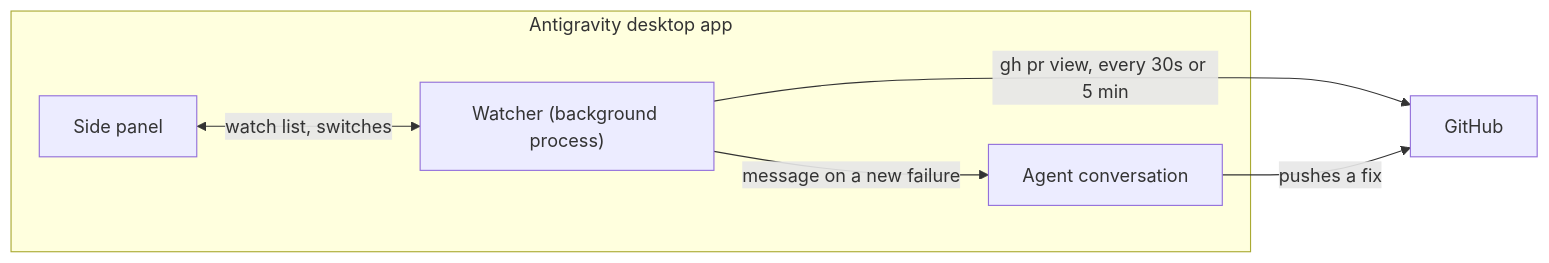
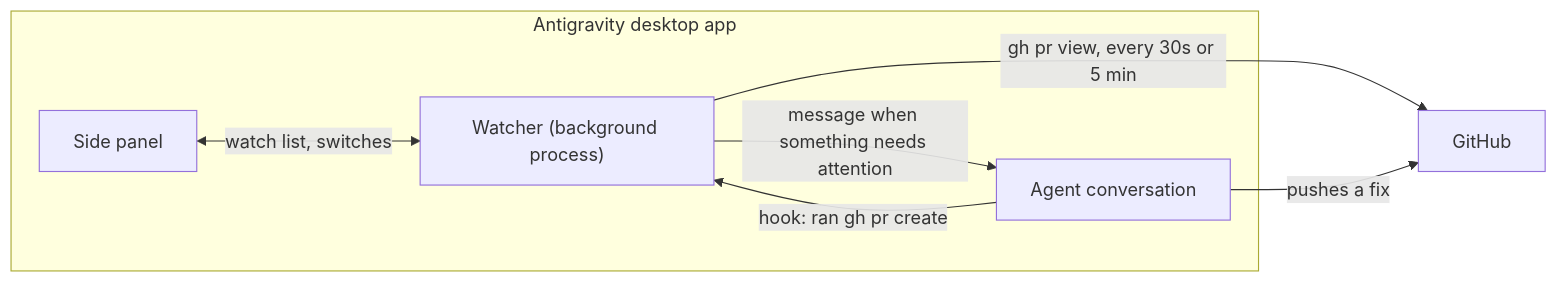
The diagram in apps/desktop/antigravity/plugins/pr-watch/docs/index.md (VitruvianSoftware/vitruvian-core), drawn with Mermaid before and after one commit. The commit also changed other lines of this file and 18 other files, not shown here.

````diff
--- a/apps/desktop/antigravity/plugins/pr-watch/docs/index.md
+++ b/apps/desktop/antigravity/plugins/pr-watch/docs/index.md
@@ -9,12 +9,13 @@
 ```mermaid
 flowchart LR
     subgraph app["Antigravity desktop app"]
         panel["Side panel"]
         watcher["Watcher (background process)"]
         conv["Agent conversation"]
     end
     panel <-- "watch list, switches" --> watcher
     watcher -- "gh pr view, every 30s or 5 min" --> github["GitHub"]
-    watcher -- "message on a new failure" --> conv
+    watcher -- "message when something needs attention" --> conv
+    conv -- "hook: ran gh pr create" --> watcher
     conv -- "pushes a fix" --> github
 ```
````
